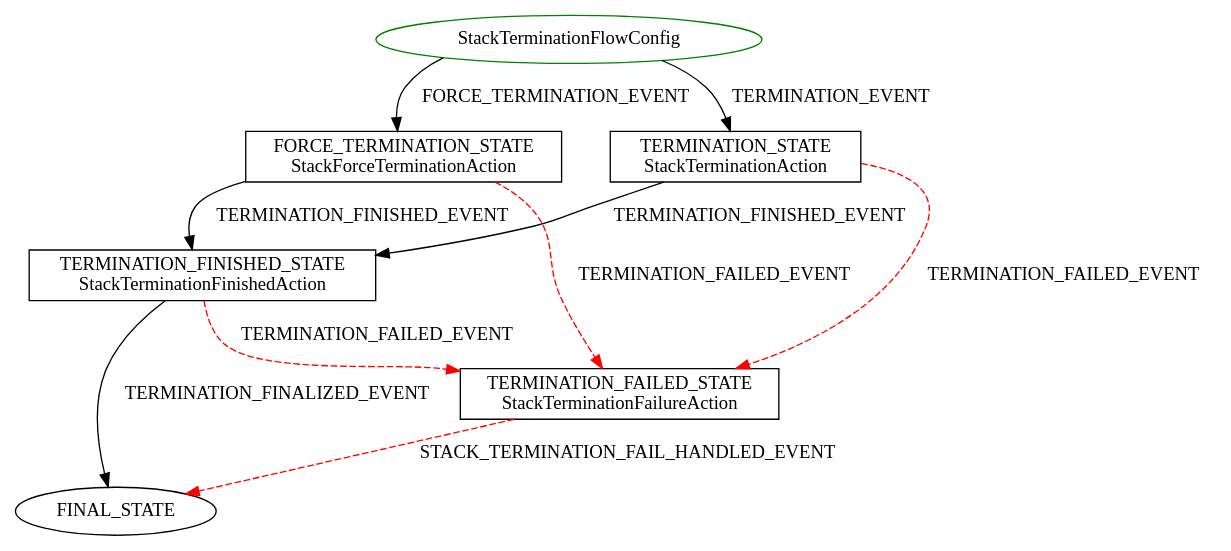
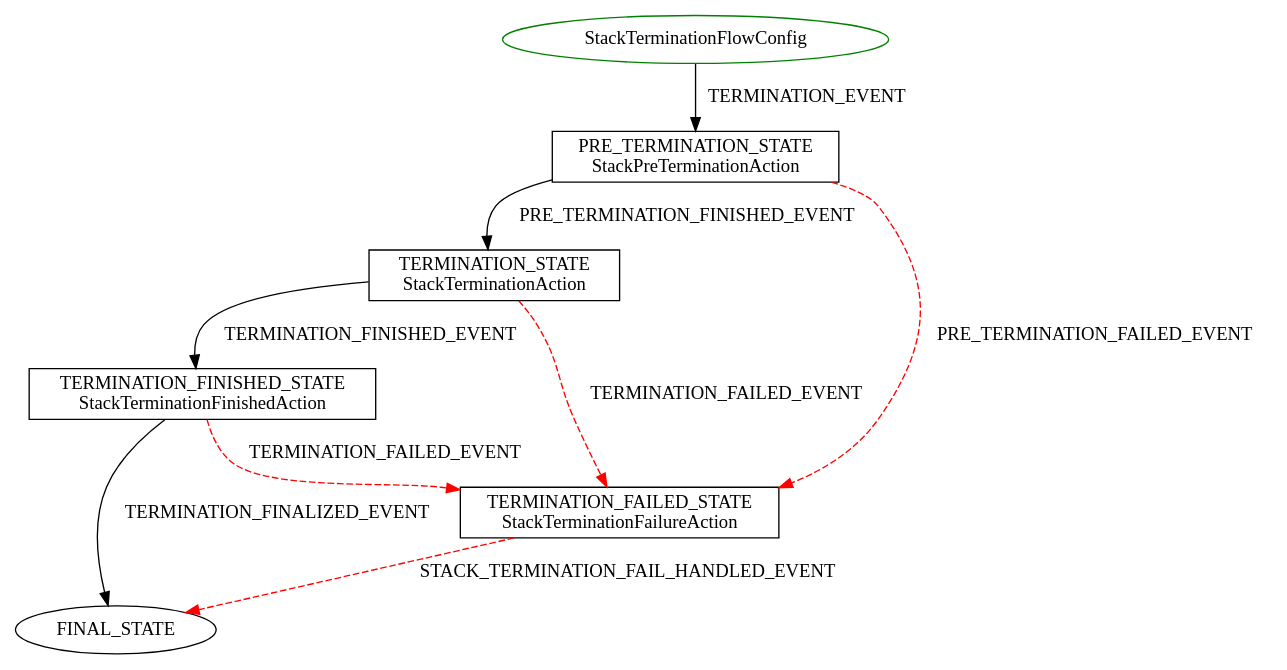
The diagram in latest/diagrams/StackTerminationFlowConfig.dot (hortonworks/cloudbreak-docs), drawn with Graphviz before and after one commit. The commit also changed 47 other files, not shown here.

```diff
--- a/latest/diagrams/StackTerminationFlowConfig.dot
+++ b/latest/diagrams/StackTerminationFlowConfig.dot
@@ -1,16 +1,15 @@
 digraph {
 INIT_STATE [label="StackTerminationFlowConfig" shape=ellipse color=green];
+PRE_TERMINATION_STATE [label="PRE_TERMINATION_STATE\nStackPreTerminationAction" shape=rect color=black];
+INIT_STATE -> PRE_TERMINATION_STATE [label="TERMINATION_EVENT" color=black style=solid];
 TERMINATION_STATE [label="TERMINATION_STATE\nStackTerminationAction" shape=rect color=black];
-INIT_STATE -> TERMINATION_STATE [label="TERMINATION_EVENT" color=black style=solid];
-FORCE_TERMINATION_STATE [label="FORCE_TERMINATION_STATE\nStackForceTerminationAction" shape=rect color=black];
-INIT_STATE -> FORCE_TERMINATION_STATE [label="FORCE_TERMINATION_EVENT" color=black style=solid];
+PRE_TERMINATION_STATE -> TERMINATION_STATE [label="PRE_TERMINATION_FINISHED_EVENT" color=black style=solid];
+TERMINATION_FAILED_STATE [label="TERMINATION_FAILED_STATE\nStackTerminationFailureAction" shape=rect color=black];
+PRE_TERMINATION_STATE -> TERMINATION_FAILED_STATE [label="PRE_TERMINATION_FAILED_EVENT" color=red style=dashed];
+TERMINATION_FAILED_STATE -> FINAL_STATE [label="STACK_TERMINATION_FAIL_HANDLED_EVENT" color=red style=dashed];
 TERMINATION_FINISHED_STATE [label="TERMINATION_FINISHED_STATE\nStackTerminationFinishedAction" shape=rect color=black];
 TERMINATION_STATE -> TERMINATION_FINISHED_STATE [label="TERMINATION_FINISHED_EVENT" color=black style=solid];
-TERMINATION_FAILED_STATE [label="TERMINATION_FAILED_STATE\nStackTerminationFailureAction" shape=rect color=black];
 TERMINATION_STATE -> TERMINATION_FAILED_STATE [label="TERMINATION_FAILED_EVENT" color=red style=dashed];
-TERMINATION_FAILED_STATE -> FINAL_STATE [label="STACK_TERMINATION_FAIL_HANDLED_EVENT" color=red style=dashed];
-FORCE_TERMINATION_STATE -> TERMINATION_FINISHED_STATE [label="TERMINATION_FINISHED_EVENT" color=black style=solid];
-FORCE_TERMINATION_STATE -> TERMINATION_FAILED_STATE [label="TERMINATION_FAILED_EVENT" color=red style=dashed];
 TERMINATION_FINISHED_STATE -> FINAL_STATE [label="TERMINATION_FINALIZED_EVENT" color=black style=solid];
 TERMINATION_FINISHED_STATE -> TERMINATION_FAILED_STATE [label="TERMINATION_FAILED_EVENT" color=red style=dashed];
 }
```
